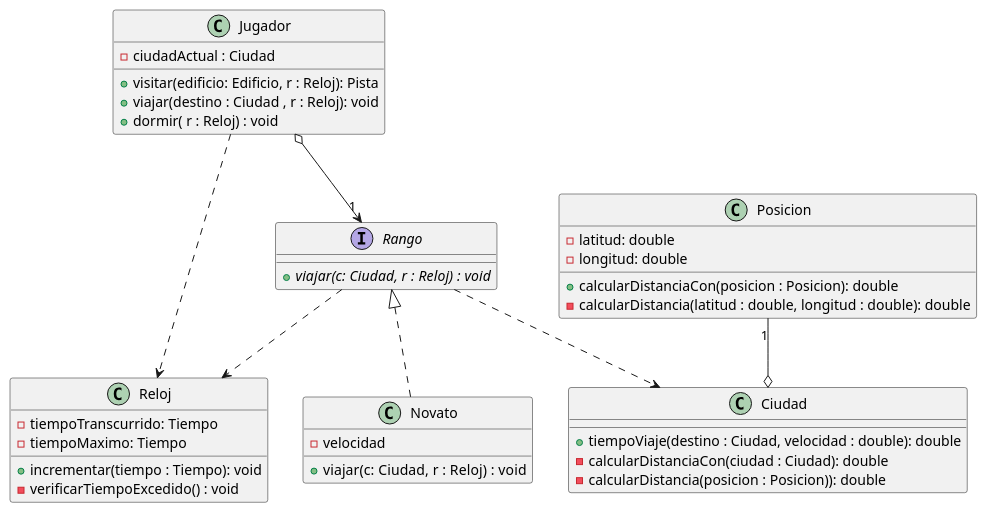
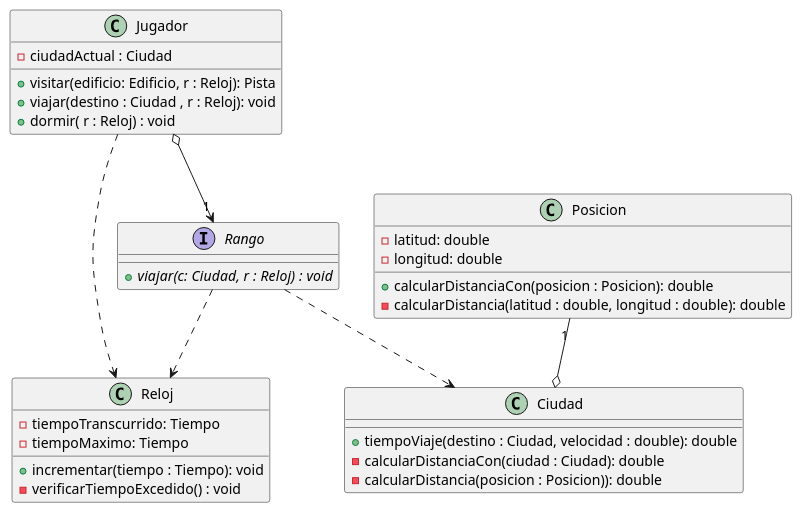
Before and after one commit to martinanus/algo3_tp2: the diagram in diagrams/classes/diagrama_clases_viaje.puml, drawn with PlantUML. The commit also changed 2 other files, not shown here.

Commit message:
Se agregan diagramas de clases

```diff
--- a/diagrams/classes/diagrama_clases_viaje.puml
+++ b/diagrams/classes/diagrama_clases_viaje.puml
@@ -1,48 +1,41 @@
 @startuml
 
-
-Rango <|.. Novato
 Jugador o--> "1" Rango
 Jugador ..> Reloj
 Rango ..> Reloj
 Rango ..> Ciudad
 Posicion "1" --o Ciudad
 
 
 interface Rango {
     {abstract} + viajar(c: Ciudad,  r : Reloj) : void
-}
-
-class Novato {
-    - velocidad
-    + viajar(c: Ciudad,  r : Reloj) : void
 }
 
 class Jugador {
     - ciudadActual : Ciudad
     + visitar(edificio: Edificio, r : Reloj): Pista
     + viajar(destino : Ciudad , r : Reloj): void
     + dormir( r : Reloj) : void
 }
 
 class Ciudad {
     + tiempoViaje(destino : Ciudad, velocidad : double): double
     - calcularDistanciaCon(ciudad : Ciudad): double
     - calcularDistancia(posicion : Posicion)): double
 }
 
 class Posicion {
     - latitud: double
     - longitud: double
     + calcularDistanciaCon(posicion : Posicion): double
     - calcularDistancia(latitud : double, longitud : double): double
 }
 
 class Reloj{
     - tiempoTranscurrido: Tiempo
     - tiempoMaximo: Tiempo
     + incrementar(tiempo : Tiempo): void
     - verificarTiempoExcedido() : void
 }
 
 @enduml
```
